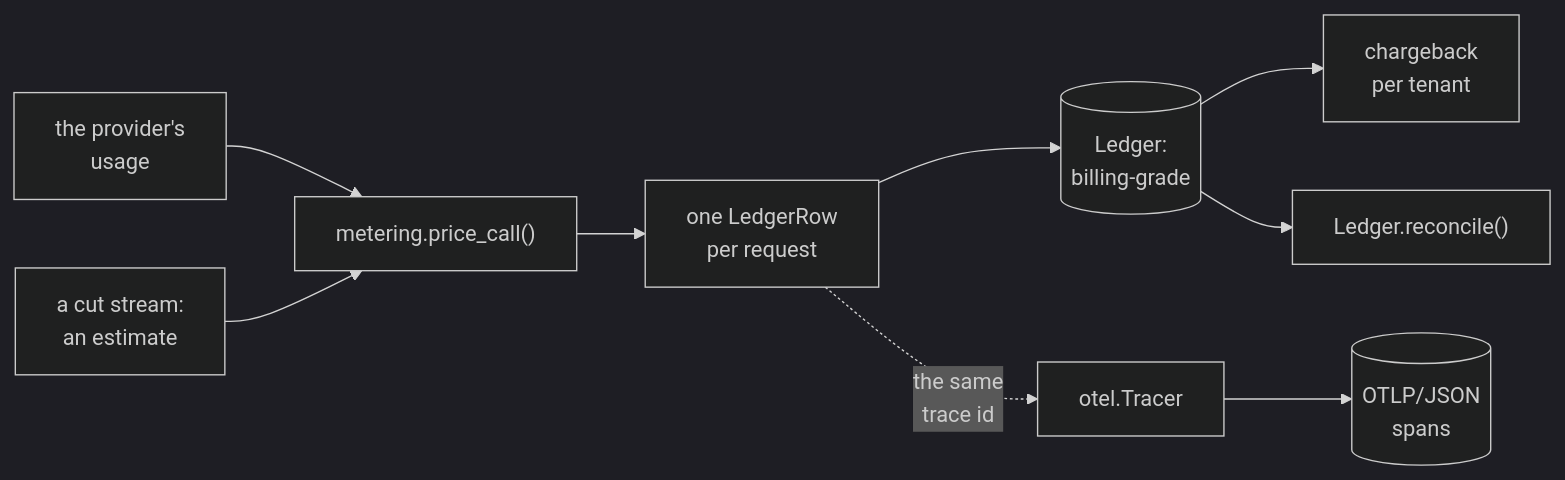
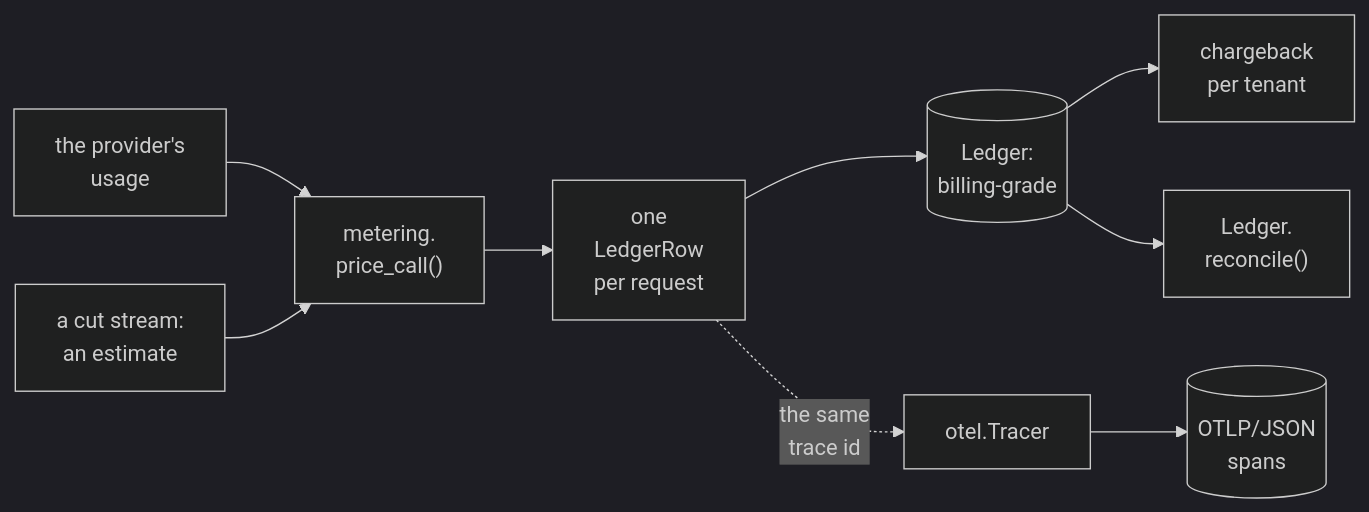
The eighth of 10 diagrams in 06-gateway/llm-gateway/PRIMER.md (aniryou/full-stack-agentic-engineer), drawn with Mermaid (dark theme) before and after one commit. The commit also changed other lines of this file and 211 other files, not shown here.

````diff
--- a/06-gateway/llm-gateway/PRIMER.md
+++ b/06-gateway/llm-gateway/PRIMER.md
@@ -715,11 +745,11 @@
 ```mermaid
 flowchart LR
-    U["the provider's<br/>usage"] --> PR["metering.price_call()"]
+    U["the provider's<br/>usage"] --> PR["metering.<br/>price_call()"]
     EST["a cut stream:<br/>an estimate"] --> PR
-    PR --> ROW["one LedgerRow<br/>per request"]
+    PR --> ROW["one<br/>LedgerRow<br/>per request"]
     ROW --> LED[("Ledger:<br/>billing-grade")]
     LED --> CB["chargeback<br/>per tenant"]
-    LED --> REC["Ledger.reconcile()"]
+    LED --> REC["Ledger.<br/>reconcile()"]
     ROW -. "the same<br/>trace id" .-> TR["otel.Tracer"]
     TR --> SP[("OTLP/JSON<br/>spans")]
 ```
````
